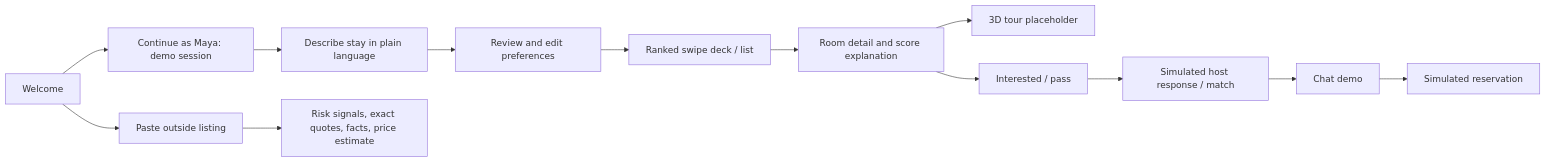
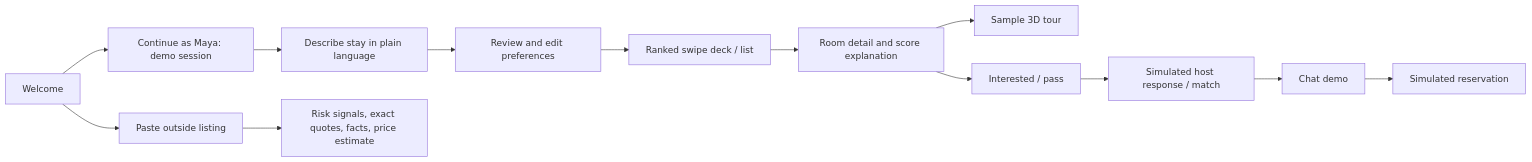
Before and after one commit to emergenthacks/emergent-hacks: the first of 2 diagrams in SOLUTION_DESIGN.md, drawn with Mermaid. The commit also changed other lines of this file and 4 other files, not shown here.

````diff
--- a/SOLUTION_DESIGN.md
+++ b/SOLUTION_DESIGN.md
@@ -59,15 +59,15 @@
 ```mermaid
 flowchart LR
   Welcome[Welcome] --> Demo[Continue as Maya: demo session]
   Demo --> Intake[Describe stay in plain language]
   Intake --> Review[Review and edit preferences]
   Review --> Discover[Ranked swipe deck / list]
   Discover --> Detail[Room detail and score explanation]
-  Detail --> Tour[3D tour placeholder]
+  Detail --> Tour[Sample 3D tour]
   Detail --> Swipe[Interested / pass]
   Swipe --> Match[Simulated host response / match]
   Match --> Chat[Chat demo]
   Chat --> Reserve[Simulated reservation]
   Welcome --> Check[Paste outside listing]
   Check --> Evidence[Risk signals, exact quotes, facts, price estimate]
 ```
````
